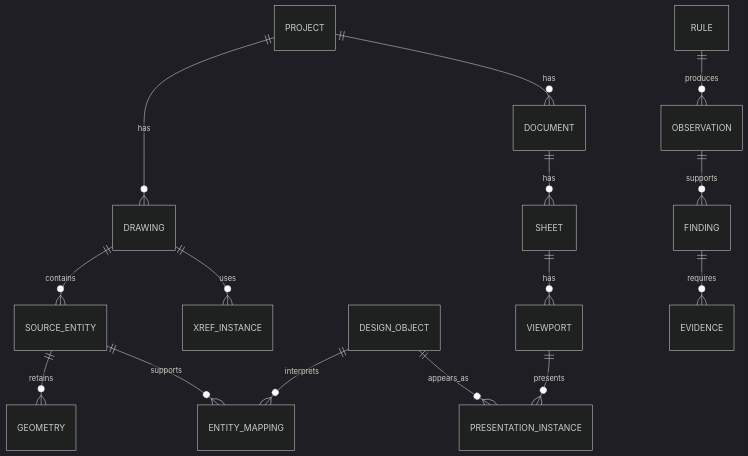
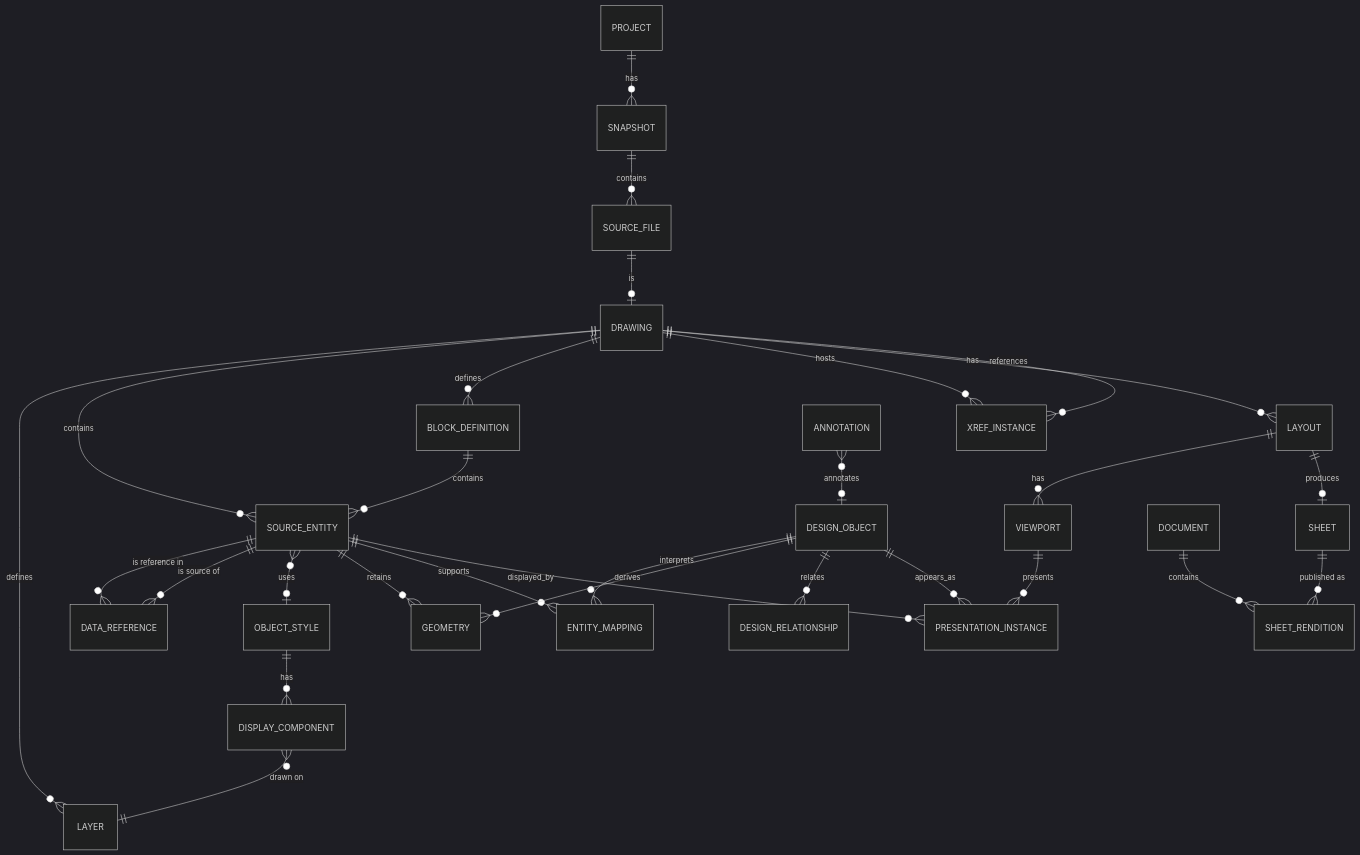
The first of 2 diagrams in docs/diagrams/core-data-model.md (dkylewillis/core), drawn with Mermaid (dark theme) before and after one commit. The commit also changed other lines of this file and 4 other files, not shown here.

Commit message:
docs: update diagrams for the extended data model and review store

````diff
--- a/docs/diagrams/core-data-model.md
+++ b/docs/diagrams/core-data-model.md
@@ -3,17 +5,31 @@
 ```mermaid
 erDiagram
-  PROJECT ||--o{ DRAWING : has
-  PROJECT ||--o{ DOCUMENT : has
+  PROJECT ||--o{ SNAPSHOT : has
+  SNAPSHOT ||--o{ SOURCE_FILE : contains
+  SOURCE_FILE ||--o| DRAWING : is
+  DRAWING ||--o{ LAYER : defines
   DRAWING ||--o{ SOURCE_ENTITY : contains
-  DRAWING ||--o{ XREF_INSTANCE : uses
+  DRAWING ||--o{ BLOCK_DEFINITION : defines
+  BLOCK_DEFINITION ||--o{ SOURCE_ENTITY : contains
+  DRAWING ||--o{ XREF_INSTANCE : hosts
+  XREF_INSTANCE }o--|| DRAWING : references
+  SOURCE_ENTITY ||--o{ DATA_REFERENCE : "is reference in"
+  SOURCE_ENTITY ||--o{ DATA_REFERENCE : "is source of"
+  OBJECT_STYLE ||--o{ DISPLAY_COMPONENT : has
+  DISPLAY_COMPONENT }o--|| LAYER : "drawn on"
+  SOURCE_ENTITY }o--o| OBJECT_STYLE : uses
   SOURCE_ENTITY ||--o{ GEOMETRY : retains
   SOURCE_ENTITY ||--o{ ENTITY_MAPPING : supports
   DESIGN_OBJECT ||--o{ ENTITY_MAPPING : interprets
-  DOCUMENT ||--o{ SHEET : has
-  SHEET ||--o{ VIEWPORT : has
+  DESIGN_OBJECT ||--o{ GEOMETRY : derives
+  DESIGN_OBJECT ||--o{ DESIGN_RELATIONSHIP : relates
+  DRAWING ||--o{ LAYOUT : has
+  LAYOUT ||--o{ VIEWPORT : has
+  LAYOUT ||--o| SHEET : produces
+  SHEET ||--o{ SHEET_RENDITION : "published as"
+  DOCUMENT ||--o{ SHEET_RENDITION : contains
+  VIEWPORT ||--o{ PRESENTATION_INSTANCE : presents
   DESIGN_OBJECT ||--o{ PRESENTATION_INSTANCE : appears_as
-  VIEWPORT ||--o{ PRESENTATION_INSTANCE : presents
-  RULE ||--o{ OBSERVATION : produces
-  OBSERVATION ||--o{ FINDING : supports
-  FINDING ||--o{ EVIDENCE : requires
+  SOURCE_ENTITY ||--o{ PRESENTATION_INSTANCE : displayed_by
+  ANNOTATION }o--o| DESIGN_OBJECT : annotates
 ```
````
